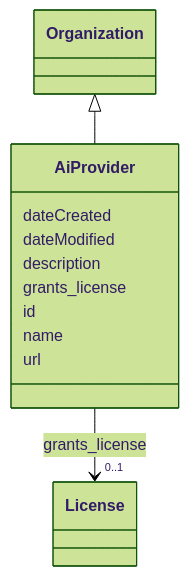
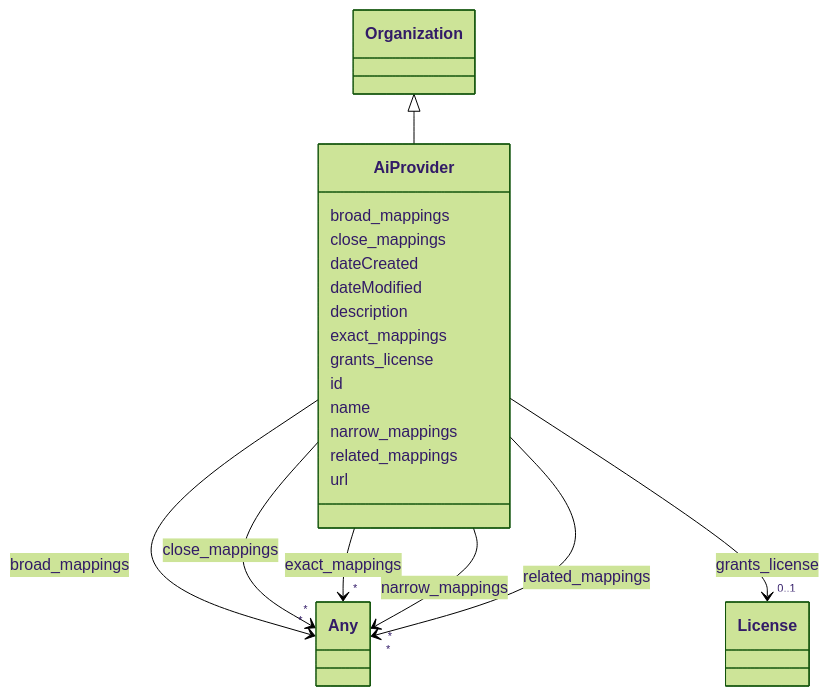
Before and after one commit to ingelise/risk-atlas-nexus: the diagram in docs/ontology/AiProvider.md, drawn with Mermaid (forest theme). The commit also changed other lines of this file and 180 other files, not shown here.

```diff
--- a/docs/ontology/AiProvider.md
+++ b/docs/ontology/AiProvider.md
@@ -22,11 +22,44 @@
       Organization <|-- AiProvider
         click Organization href "../Organization/"
 
+      AiProvider : broad_mappings
+
+
+
+
+
+        AiProvider --> "*" Any : broad_mappings
+        click Any href "../Any/"
+
+
+
+      AiProvider : close_mappings
+
+
+
+
+
+        AiProvider --> "*" Any : close_mappings
+        click Any href "../Any/"
+
+
+
       AiProvider : dateCreated
 
       AiProvider : dateModified
 
       AiProvider : description
+
+      AiProvider : exact_mappings
+
+
+
+
+
+        AiProvider --> "*" Any : exact_mappings
+        click Any href "../Any/"
+
+
 
       AiProvider : grants_license
 
@@ -43,6 +76,28 @@
 
       AiProvider : name
 
+      AiProvider : narrow_mappings
+
+
+
+
+
+        AiProvider --> "*" Any : narrow_mappings
+        click Any href "../Any/"
+
+
+
+      AiProvider : related_mappings
+
+
+
+
+
+        AiProvider --> "*" Any : related_mappings
+        click Any href "../Any/"
+
+
+
       AiProvider : url
 
 
```
